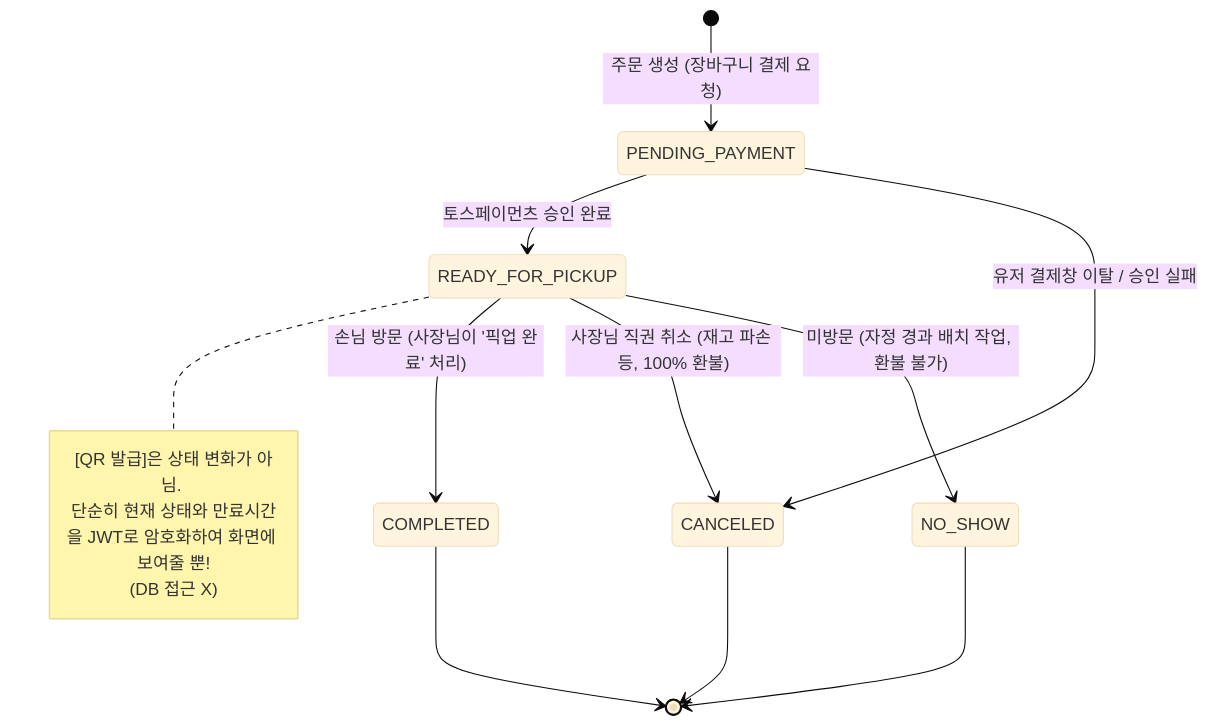
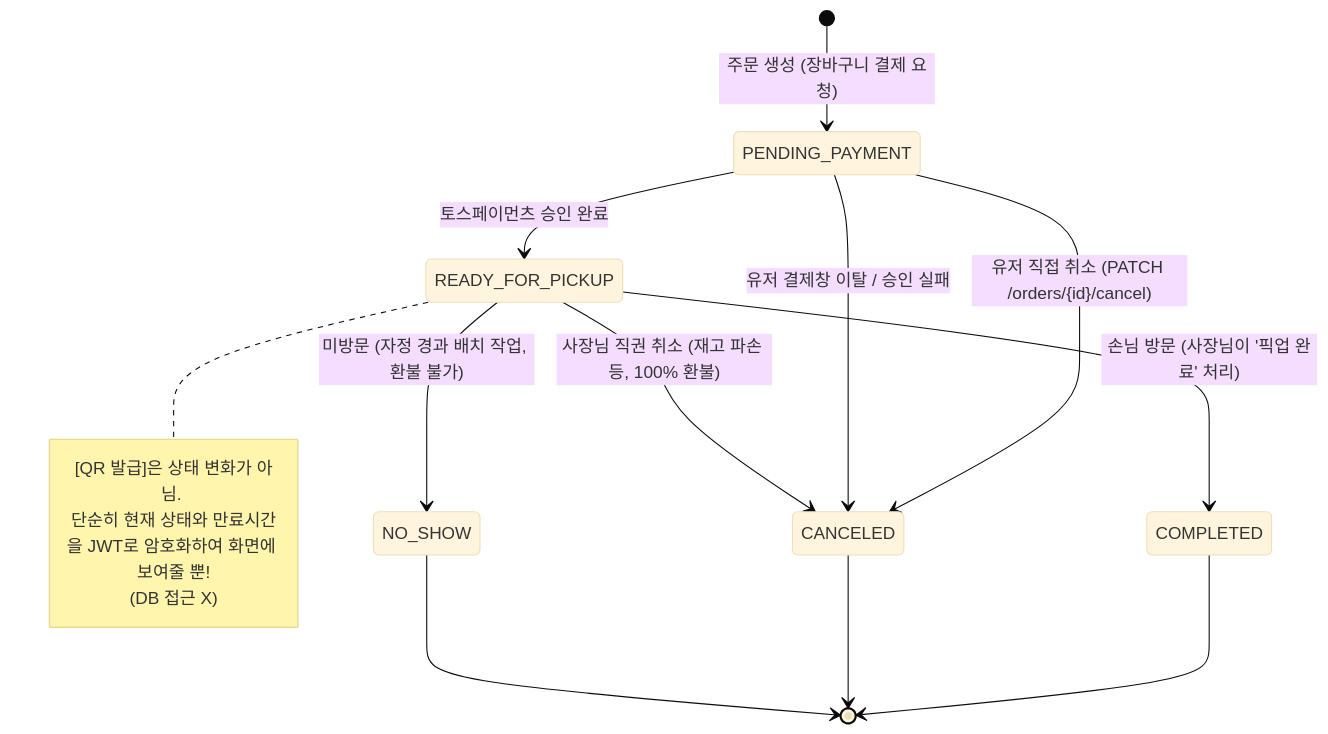
Before and after one commit to maenggyuno/timedeal-platform-docs: the first of 2 diagrams in README.md, drawn with Mermaid (base theme).

````diff
--- a/README.md
+++ b/README.md
@@ -60,24 +60,26 @@
 ```mermaid
 stateDiagram-v2
     %% 시작점
     [*] --> PENDING_PAYMENT : 주문 생성 (장바구니 결제 요청)
 
     %% 결제 대기 단계
+    
+    PENDING_PAYMENT --> CANCELED : 유저 직접 취소 (PATCH /orders/{id}/cancel)
+    PENDING_PAYMENT --> CANCELED : 유저 결제창 이탈 / 승인 실패
     PENDING_PAYMENT --> READY_FOR_PICKUP : 토스페이먼츠 승인 완료
-    PENDING_PAYMENT --> CANCELED : 유저 결제창 이탈 / 승인 실패
     note right of READY_FOR_PICKUP
       [QR 발급]은 상태 변화가 아님. 
       단순히 현재 상태와 만료시간을 JWT로 암호화하여 화면에 보여줄 뿐!
       (DB 접근 X)
     end note
 
     %% 픽업 대기 단계 (핵심 비즈니스 로직 분기)
     READY_FOR_PICKUP --> COMPLETED : 손님 방문 (사장님이 '픽업 완료' 처리)
     READY_FOR_PICKUP --> CANCELED : 사장님 직권 취소 (재고 파손 등, 100% 환불)
     READY_FOR_PICKUP --> NO_SHOW : 미방문 (자정 경과 배치 작업, 환불 불가)
 
     %% 종료점
     COMPLETED --> [*]
     CANCELED --> [*]
     NO_SHOW --> [*]
 ```
````
